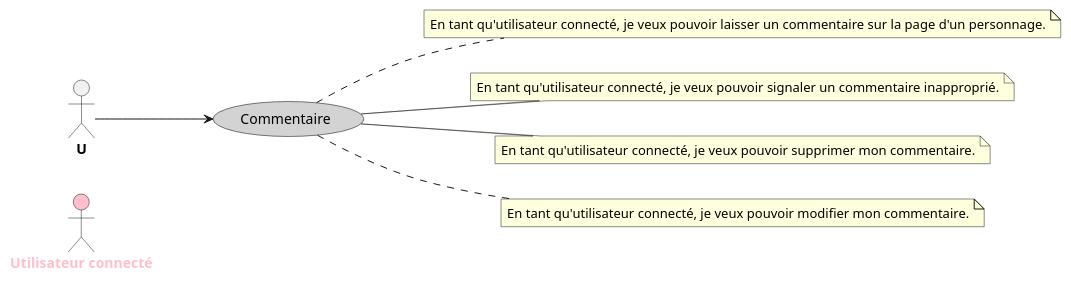
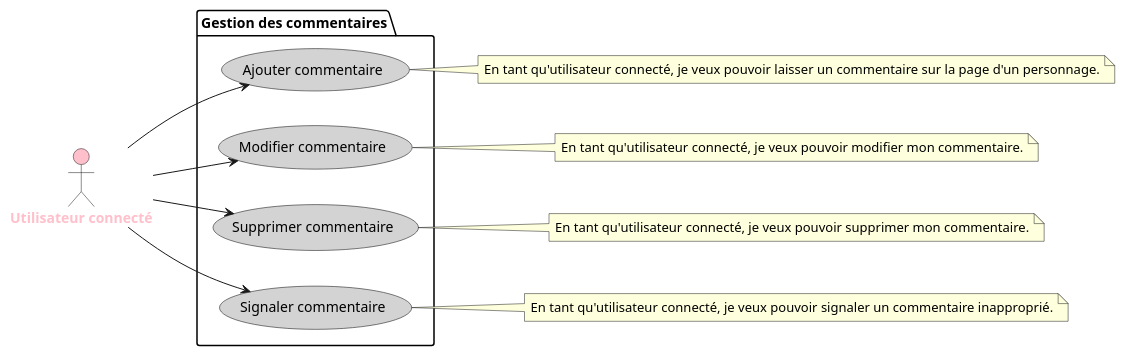
Before and after one commit to fledgless/Fortuna-Nexus: the diagram in public/conception/diagrams/user stories/UserComment.puml, drawn with PlantUML. The commit also changed 9 other files, not shown here.

```diff
--- a/public/conception/diagrams/user stories/UserComment.puml
+++ b/public/conception/diagrams/user stories/UserComment.puml
@@ -1,31 +1,39 @@
 @startuml UserStoryUserComment
 
 left to right direction
 skinparam actorFontStyle bold
 skinparam usecase {
     BackgroundColor YellowGreen
     BorderColor Black
 }
 
-actor "Utilisateur connecté" as M #Pink;text:Pink
+actor "Utilisateur connecté" as U #Pink;text:Pink
 
-usecase "Commentaire" as C #LightGray;text:Black
+package "Gestion des commentaires" {
+    usecase "Ajouter commentaire" as Ac #LightGray;text:Black
+    usecase "Modifier commentaire" as Mc #LightGray;text:Black
+    usecase "Supprimer commentaire" as SuC #LightGray;text:Black
+    usecase "Signaler commentaire" as SiC #LightGray;text:Black
+}
 
 ' Relations entre acteurs et cas d'utilisation
-U --> C
+U --> Ac
+U --> Mc
+U --> SuC
+U --> SiC
 
 ' Description des cas d'utilisation
-note right of C
+note right of Ac
     En tant qu'utilisateur connecté, je veux pouvoir laisser un commentaire sur la page d'un personnage.
 end note
-note right of C
+note right of SiC
     En tant qu'utilisateur connecté, je veux pouvoir signaler un commentaire inapproprié.
 end note
-note right of C
+note right of SuC
     En tant qu'utilisateur connecté, je veux pouvoir supprimer mon commentaire.
 end note
-note right of C
+note right of Mc
     En tant qu'utilisateur connecté, je veux pouvoir modifier mon commentaire.
 end note
 
 @enduml
```
